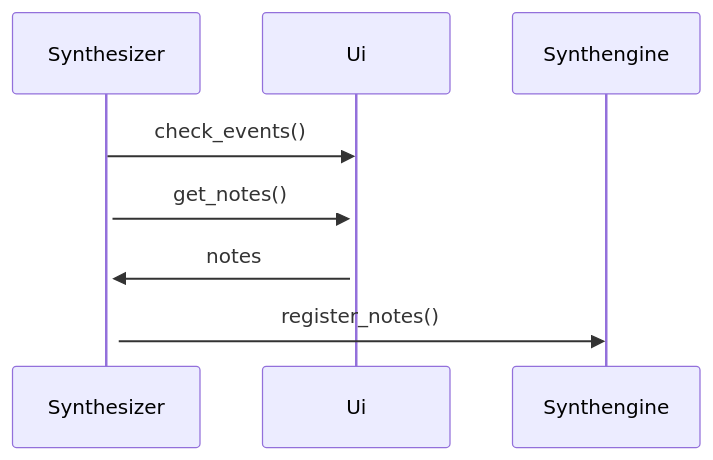
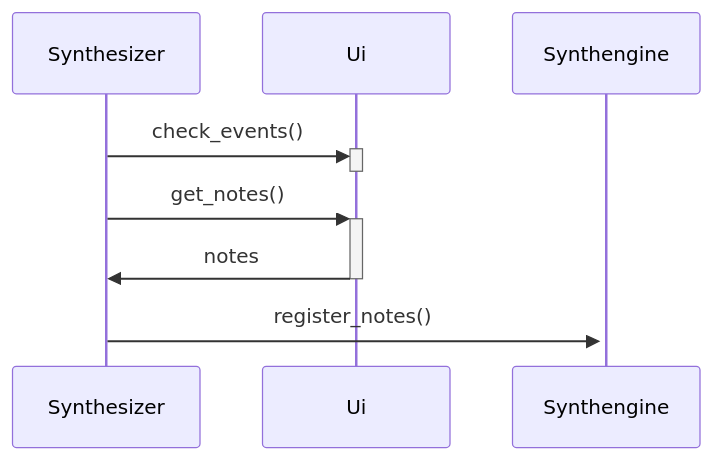
One commit to rudolf-heiskanen/ot-harjoitustyo changed the second of 2 diagrams in dokumentaatio/arkkitehtuuri.md. Above: the diagram before and after it, drawn with Mermaid.

Commit message:
arkkitehtuuria

````diff
--- a/dokumentaatio/arkkitehtuuri.md
+++ b/dokumentaatio/arkkitehtuuri.md
@@ -29,11 +29,8 @@
 ```mermaid
 sequenceDiagram
-    Synthesizer ->> Ui: check_events()
-    activate Ui
-    activate Synthesizer
-    Synthesizer ->> Ui: get_notes()
-    activate Ui
-    Ui ->> Synthesizer: notes
-    activate Synthesizer
-    Synthesizer ->> Synthengine: register_notes()
+    Synthesizer ->>+ Ui: check_events()
+    deactivate Ui
+    Synthesizer ->>+ Ui: get_notes()
+    Ui ->>- Synthesizer: notes
+    Synthesizer ->>+ Synthengine: register_notes()
 ```
````
